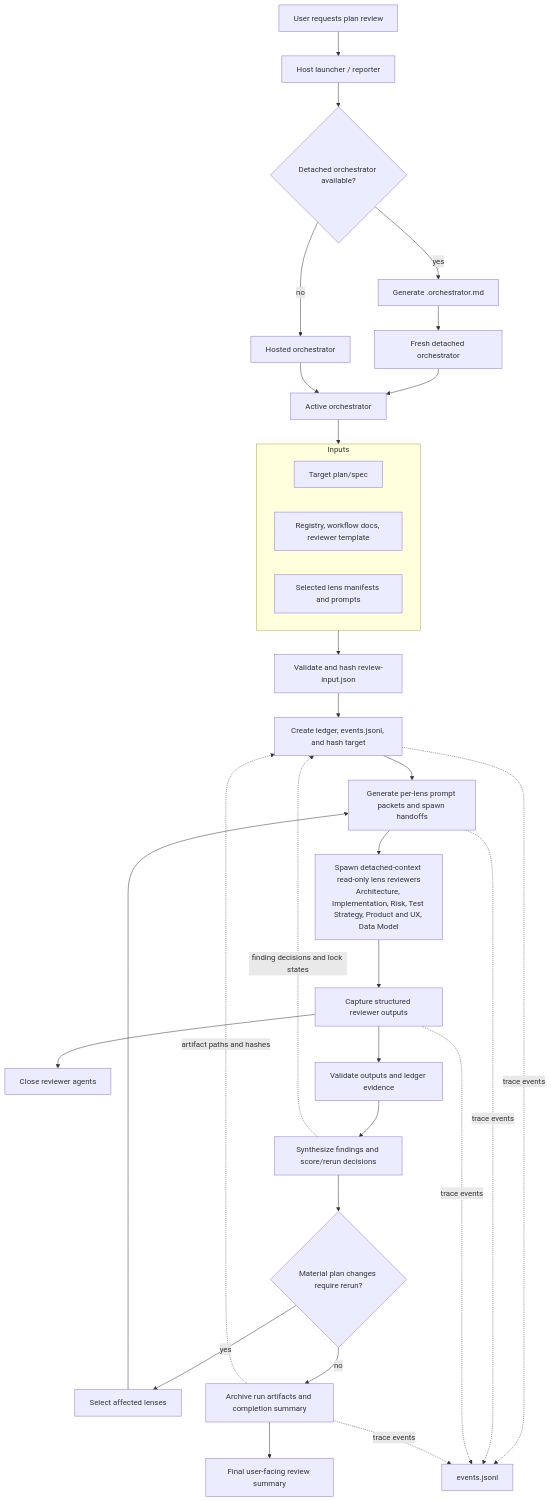
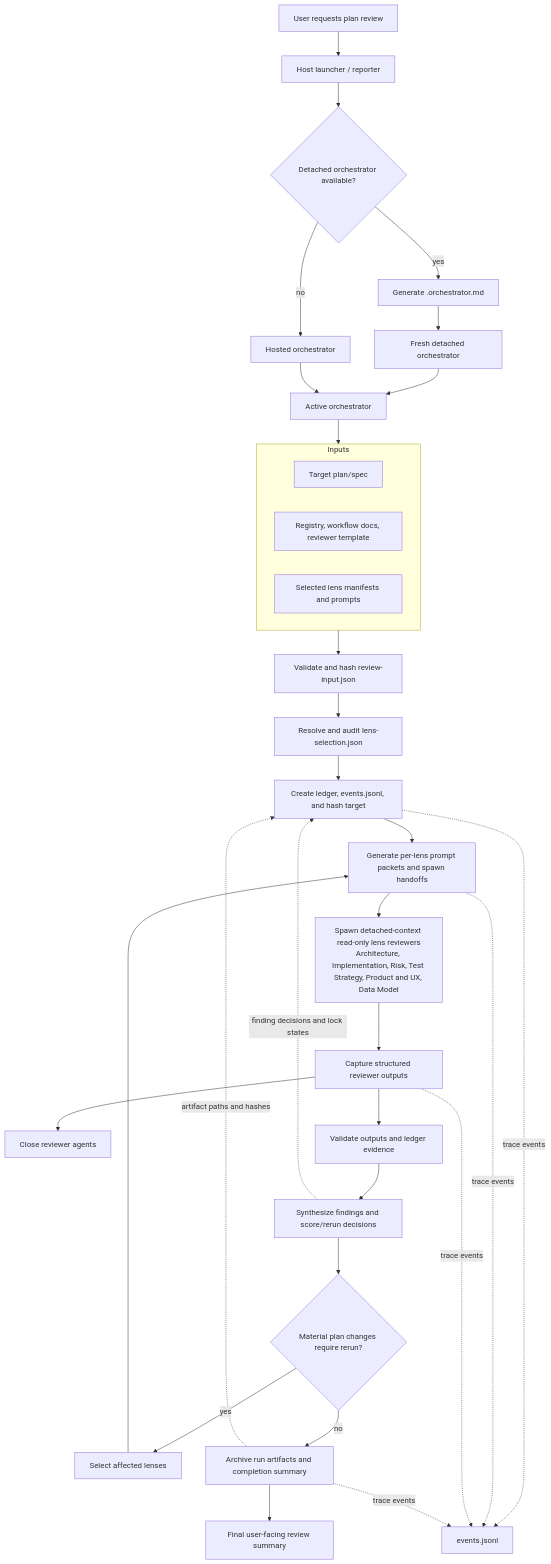
One commit to 540lyle/lens-temper changed the diagram in docs/agent-flow.md. Above: the diagram before and after it, drawn with Mermaid. The commit also changed other lines of this file and 73 other files, not shown here.

````diff
--- a/docs/agent-flow.md
+++ b/docs/agent-flow.md
@@ -10,43 +10,44 @@
 ```mermaid
 flowchart TD
   User["User requests plan review"] --> Launcher["Host launcher / reporter"]
   Launcher --> Mode{"Detached orchestrator available?"}
   Mode -- yes --> Packet["Generate <pass-id>.orchestrator.md"]
   Packet --> Detached["Fresh detached orchestrator"]
   Mode -- no --> Hosted["Hosted orchestrator"]
   Detached --> Orchestrator["Active orchestrator"]
   Hosted --> Orchestrator
 
   subgraph Inputs["Inputs"]
     Target["Target plan/spec"]
     Registry["Registry, workflow docs, reviewer template"]
     Lenses["Selected lens manifests and prompts"]
   end
 
   Orchestrator --> Inputs
   Inputs --> Contract["Validate and hash review-input.json"]
-  Contract --> Prep["Create ledger, events.jsonl, and hash target"]
+  Contract --> Select["Resolve and audit lens-selection.json"]
+  Select --> Prep["Create ledger, events.jsonl, and hash target"]
   Prep --> Generate["Generate per-lens prompt packets and spawn handoffs"]
 
   Generate --> Wave["Spawn detached-context read-only lens reviewers<br/>Architecture, Implementation, Risk, Test Strategy, Product and UX, Data Model"]
 
   Wave --> Outputs["Capture structured reviewer outputs"]
   Outputs --> Close["Close reviewer agents"]
   Outputs --> Validate["Validate outputs and ledger evidence"]
 
   Validate --> Synthesis["Synthesize findings and score/rerun decisions"]
   Synthesis --> Rerun{"Material plan changes require rerun?"}
 
   Rerun -- yes --> Affected["Select affected lenses"]
   Affected --> Generate
 
   Rerun -- no --> Archive["Archive run artifacts and completion summary"]
   Archive --> Final["Final user-facing review summary"]
 
   Synthesis -. "finding decisions and lock states" .-> Prep
   Archive -. "artifact paths and hashes" .-> Prep
   Prep -. "trace events" .-> Trace["events.jsonl"]
   Generate -. "trace events" .-> Trace
   Outputs -. "trace events" .-> Trace
   Archive -. "trace events" .-> Trace
 ```
````
